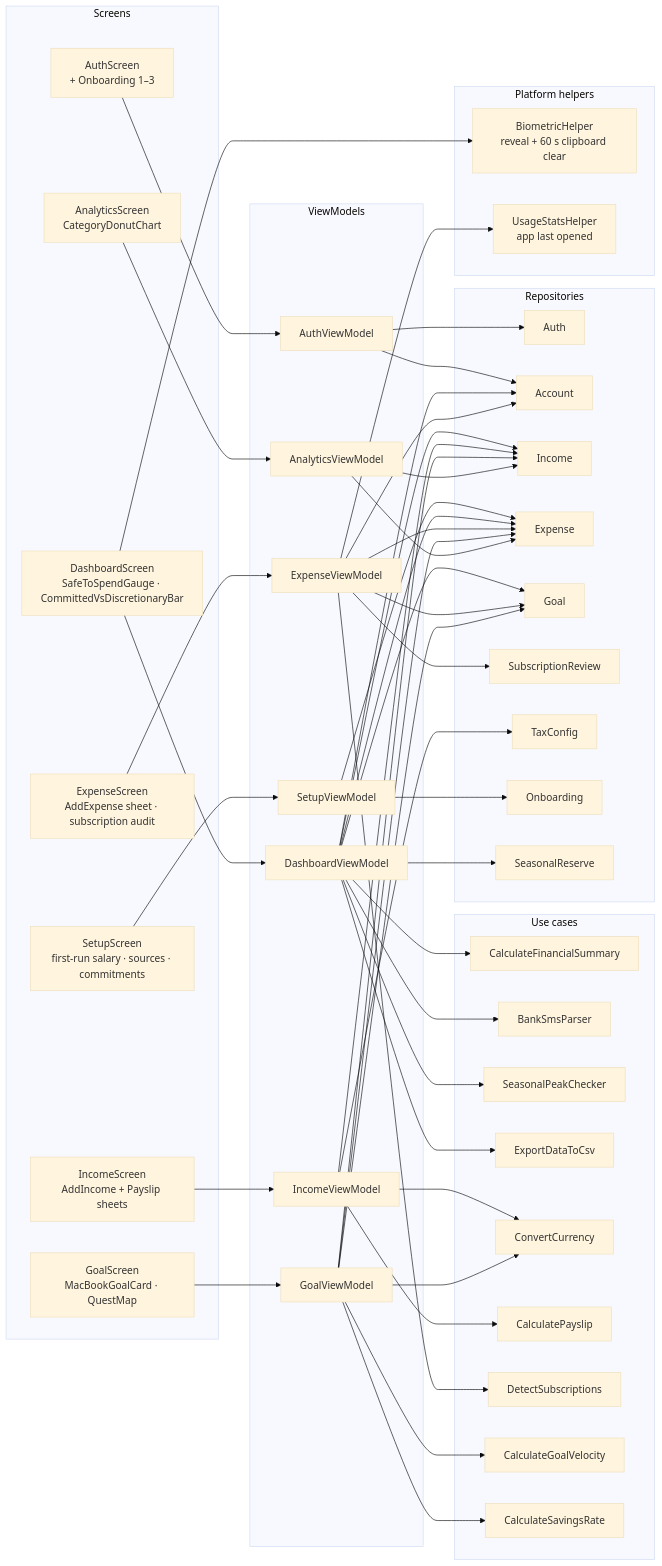
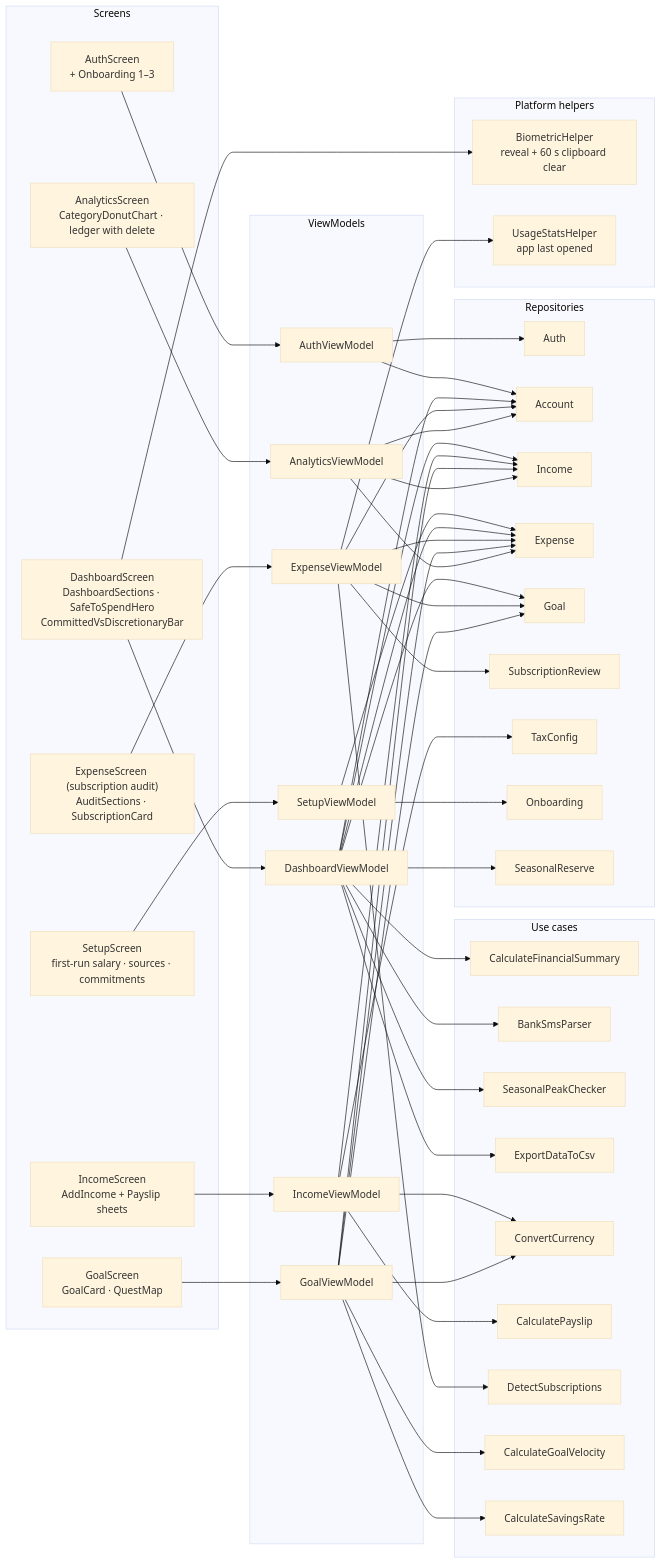
Before and after one commit to Hesara2003/PulseFinance-SE3092: the second of 3 diagrams in docs/ARCHITECTURE.md, drawn with Mermaid (base theme). The commit also changed other lines of this file and 4 other files, not shown here.

First line of the commit message:
docs: bring architecture, design system and features up to date

````diff
--- a/docs/ARCHITECTURE.md
+++ b/docs/ARCHITECTURE.md
@@ -67,75 +65,75 @@
 ```mermaid
 flowchart LR
     subgraph SCR["Screens"]
         S_AUTH["AuthScreen<br/>+ Onboarding 1–3"]
         S_SET["SetupScreen<br/>first-run salary · sources · commitments"]
-        S_DASH["DashboardScreen<br/>SafeToSpendGauge · CommittedVsDiscretionaryBar"]
+        S_DASH["DashboardScreen<br/>DashboardSections · SafeToSpendHero<br/>CommittedVsDiscretionaryBar"]
         S_INC["IncomeScreen<br/>AddIncome + Payslip sheets"]
-        S_EXP["ExpenseScreen<br/>AddExpense sheet · subscription audit"]
-        S_GOAL["GoalScreen<br/>MacBookGoalCard · QuestMap"]
-        S_ANA["AnalyticsScreen<br/>CategoryDonutChart"]
+        S_EXP["ExpenseScreen (subscription audit)<br/>AuditSections · SubscriptionCard"]
+        S_GOAL["GoalScreen<br/>GoalCard · QuestMap"]
+        S_ANA["AnalyticsScreen<br/>CategoryDonutChart · ledger with delete"]
     end
 
     subgraph VMS["ViewModels"]
         V_AUTH["AuthViewModel"]
         V_SET["SetupViewModel"]
         V_DASH["DashboardViewModel"]
         V_INC["IncomeViewModel"]
         V_EXP["ExpenseViewModel"]
         V_GOAL["GoalViewModel"]
         V_ANA["AnalyticsViewModel"]
     end
 
     subgraph UC["Use cases"]
         U_SUM["CalculateFinancialSummary"]
         U_SMS["BankSmsParser"]
         U_SEA["SeasonalPeakChecker"]
         U_CSV["ExportDataToCsv"]
         U_FX["ConvertCurrency"]
         U_PAY["CalculatePayslip"]
         U_SUB["DetectSubscriptions"]
         U_VEL["CalculateGoalVelocity"]
         U_RATE["CalculateSavingsRate"]
     end
 
     subgraph REPO["Repositories"]
         R_AUTH["Auth"]
         R_ACC["Account"]
         R_INC["Income"]
         R_EXP["Expense"]
         R_GOAL["Goal"]
         R_SUBR["SubscriptionReview"]
         R_TAX["TaxConfig"]
         R_ONB["Onboarding"]
         R_SEAS["SeasonalReserve"]
     end
 
     subgraph EDGE["Platform helpers"]
         H_BIO["BiometricHelper<br/>reveal + 60 s clipboard clear"]
         H_USE["UsageStatsHelper<br/>app last opened"]
     end
 
     S_AUTH --> V_AUTH
     S_SET --> V_SET
     S_DASH --> V_DASH
     S_INC --> V_INC
     S_EXP --> V_EXP
     S_GOAL --> V_GOAL
     S_ANA --> V_ANA
 
     V_AUTH --> R_AUTH & R_ACC
     V_SET --> R_ONB & R_EXP
     V_DASH --> U_SUM & U_SMS & U_SEA & U_CSV
     V_DASH --> R_ACC & R_INC & R_EXP & R_GOAL & R_SEAS
     S_DASH --> H_BIO
     V_INC --> U_FX & U_PAY
     V_INC --> R_INC & R_TAX
     V_EXP --> U_SUB
     V_EXP --> R_EXP & R_GOAL & R_ACC & R_SUBR
     V_EXP --> H_USE
     V_GOAL --> U_VEL & U_RATE & U_FX
     V_GOAL --> R_GOAL & R_INC & R_EXP
-    V_ANA --> R_INC & R_EXP
+    V_ANA --> R_INC & R_EXP & R_ACC
 
     classDef planned fill:#fff,stroke:#999,stroke-dasharray:5 4,color:#666
 ```
````
